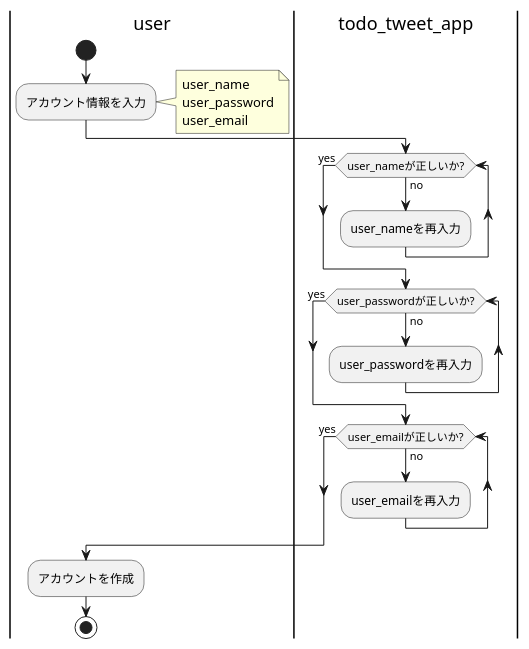
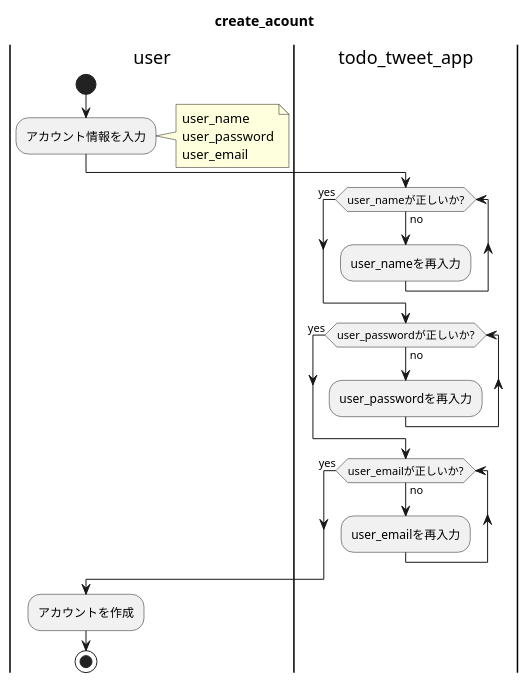
The diagram in activity_diagram/activity_diagram_create_account.pu (op19-it-edu/base-docs), drawn with PlantUML before and after one commit. The commit also changed 3 other files, not shown here.

```diff
--- a/activity_diagram/activity_diagram_create_account.pu
+++ b/activity_diagram/activity_diagram_create_account.pu
@@ -1,34 +1,35 @@
 @startuml
+title: create_acount
 
 |user|
 
 start
 
 :アカウント情報を入力;
 note right
   user_name
   user_password
   user_email
 end note
 
 |todo_tweet_app|
 
 while (user_nameが正しいか?) is (no)
   :user_nameを再入力;
 endwhile (yes)
 
 while (user_passwordが正しいか?) is (no)
   :user_passwordを再入力;
 endwhile (yes)
 
 while (user_emailが正しいか?) is (no)
   :user_emailを再入力;
 endwhile (yes)
 
 |user|
 
   :アカウントを作成;
 
 stop
 
 @enduml
```
